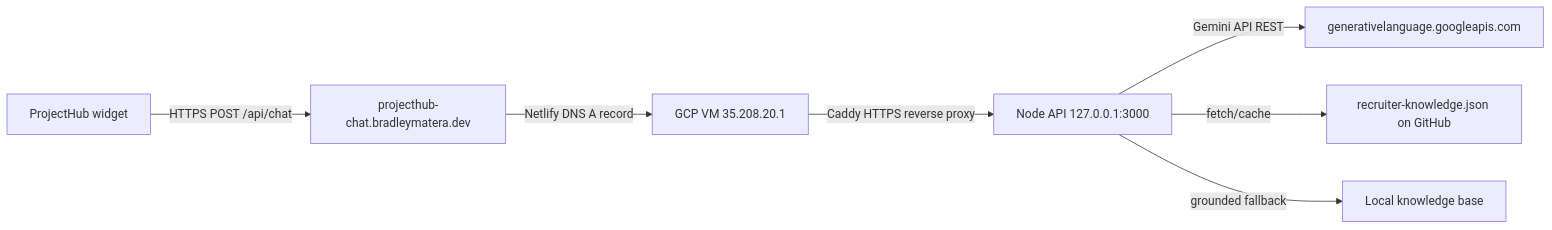
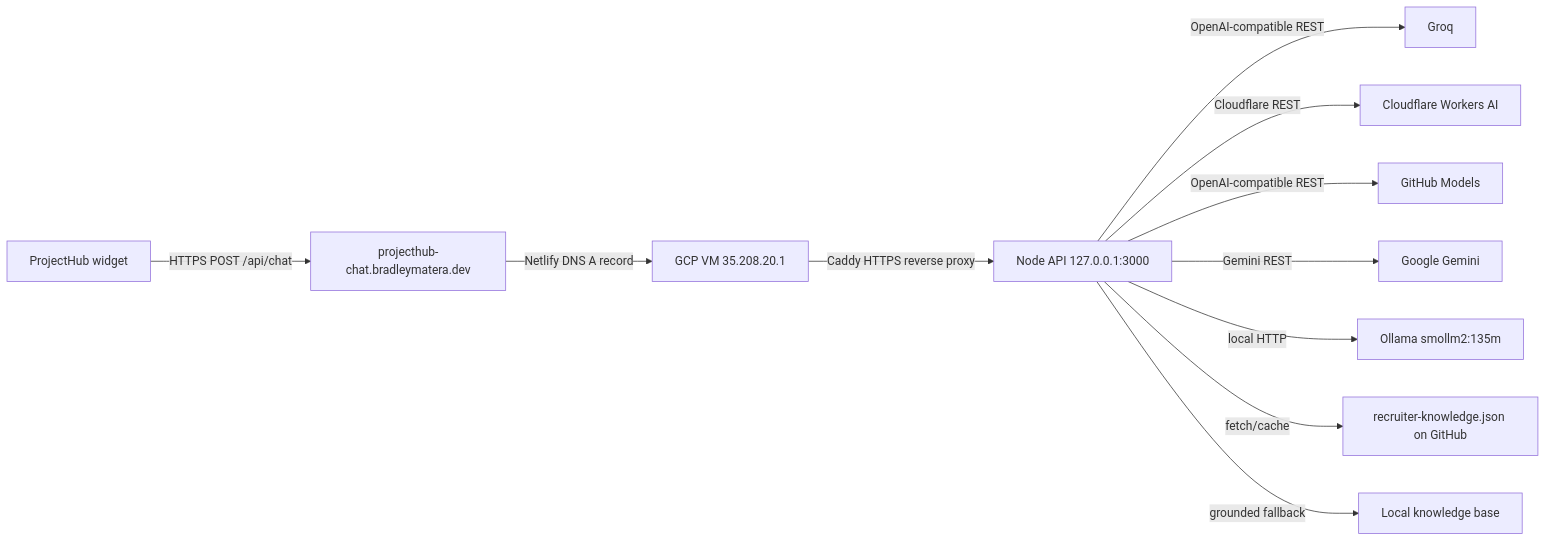
Before and after one commit to BradleyMatera/ProjectHub: the diagram in docs/backend-guide.md, drawn with Mermaid. The commit also changed other lines of this file and 11 other files, not shown here.

````diff
--- a/docs/backend-guide.md
+++ b/docs/backend-guide.md
@@ -30,9 +30,13 @@
 ```mermaid
 flowchart LR
   A[ProjectHub widget] -- HTTPS POST /api/chat --> B[projecthub-chat.bradleymatera.dev]
   B -- Netlify DNS A record --> C[GCP VM 35.208.20.1]
   C -- Caddy HTTPS reverse proxy --> D[Node API 127.0.0.1:3000]
-  D -- Gemini API REST --> E[generativelanguage.googleapis.com]
+  D -- OpenAI-compatible REST --> E1[Groq]
+  D -- Cloudflare REST --> E2[Cloudflare Workers AI]
+  D -- OpenAI-compatible REST --> E3[GitHub Models]
+  D -- Gemini REST --> E4[Google Gemini]
+  D -- local HTTP --> E5[Ollama smollm2:135m]
   D -- fetch/cache --> F[recruiter-knowledge.json on GitHub]
   D -- grounded fallback --> G[Local knowledge base]
 ```
````
